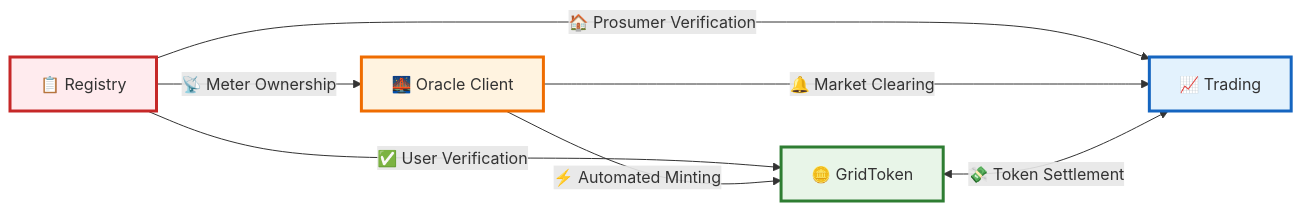
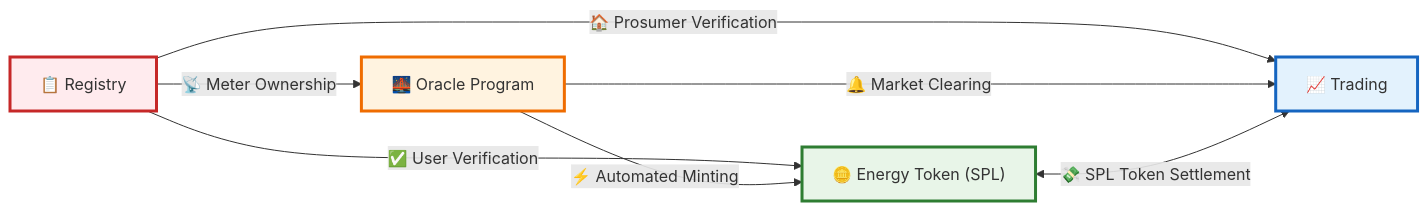
Before and after one commit to NakaSato/p2p: the fifth of 5 diagrams in docs/contracts-diagram.md, drawn with Mermaid. The commit also changed other lines of this file and 59 other files, not shown here.

````diff
--- a/docs/contracts-diagram.md
+++ b/docs/contracts-diagram.md
@@ -291,15 +429,15 @@
 ```mermaid
 graph LR
-    A["📋 Registry"] -->|"✅ User Verification"| B["🪙 GridToken"]
+    A["📋 Registry"] -->|"✅ User Verification"| B["🪙 Energy Token (SPL)"]
     A -->|"🏠 Prosumer Verification"| C["📈 Trading"]
-    A -->|"📡 Meter Ownership"| D["🌉 Oracle Client"]
+    A -->|"📡 Meter Ownership"| D["🌉 Oracle Program"]
     
     D -->|"⚡ Automated Minting"| B
     D -->|"🔔 Market Clearing"| C
-    B <-->|"💸 Token Settlement"| C
+    B <-->|"💸 SPL Token Settlement"| C
     
     style A fill:#ffebee,stroke:#c62828,stroke-width:3px
     style B fill:#e8f5e8,stroke:#2e7d32,stroke-width:3px
     style C fill:#e3f2fd,stroke:#1565c0,stroke-width:3px
     style D fill:#fff3e0,stroke:#ef6c00,stroke-width:3px
 ```
````
